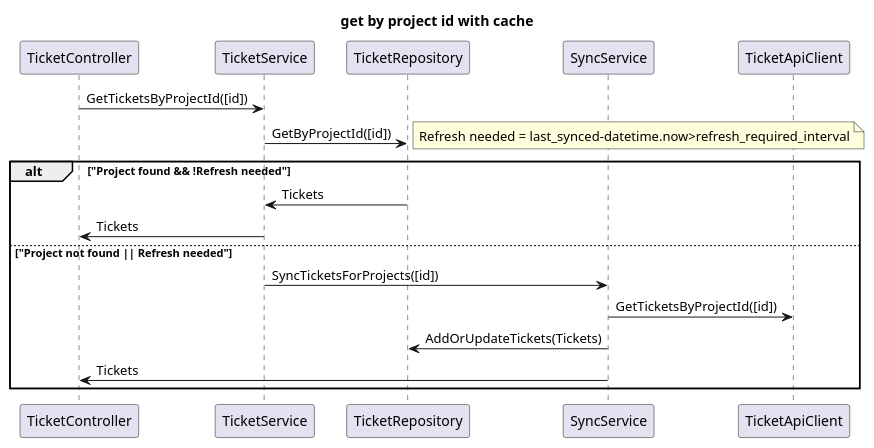
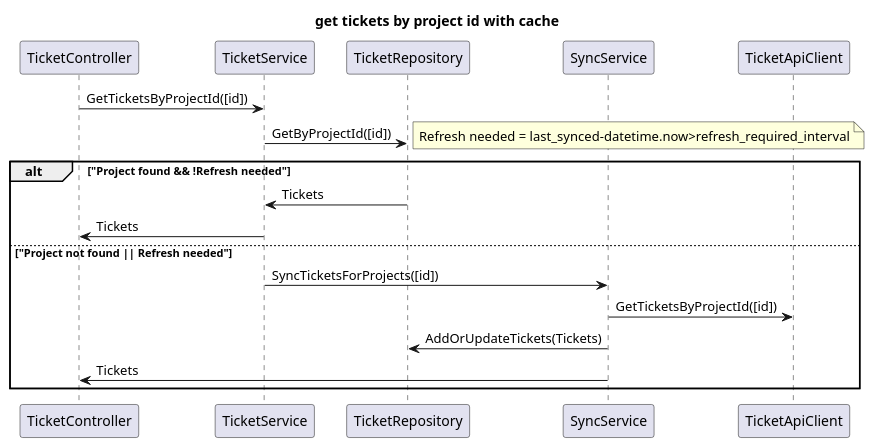
The first of 2 diagrams in Documentatie/UML/Technisch/Sequence/ADR001_gettasks_with_cache.md (DCReceveur/pre-afstudeer-docs), drawn with PlantUML before and after one commit. The commit also changed other lines of this file and 8 other files, not shown here.

````diff
--- a/Documentatie/UML/Technisch/Sequence/ADR001_gettasks_with_cache.md
+++ b/Documentatie/UML/Technisch/Sequence/ADR001_gettasks_with_cache.md
@@ -1,17 +37,17 @@
 ```puml
-title get by project id with cache
+title get tickets by project id with cache
 TicketController -> TicketService : GetTicketsByProjectId([id])
 TicketService -> TicketRepository : GetByProjectId([id])
     alt "Project found && !Refresh needed"
             note right
                 Refresh needed = last_synced-datetime.now>refresh_required_interval
             end note
         TicketService <- TicketRepository : Tickets
         TicketController <- TicketService : Tickets
     else "Project not found || Refresh needed"
         TicketService -> SyncService : SyncTicketsForProjects([id])
         SyncService -> TicketApiClient : GetTicketsByProjectId([id])
         SyncService -> TicketRepository : AddOrUpdateTickets(Tickets)
         TicketController <- SyncService : Tickets
 end alt
 ```
````
